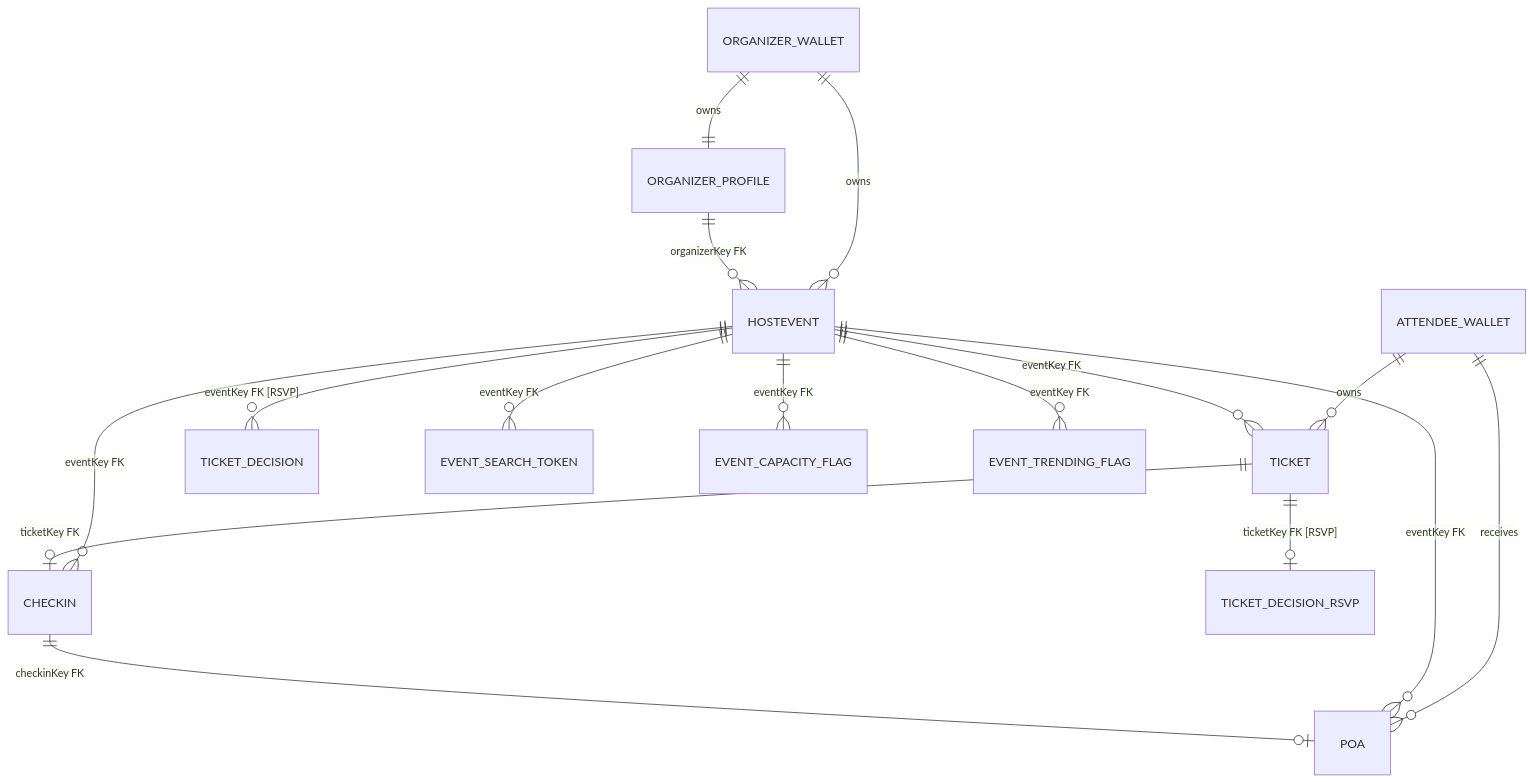
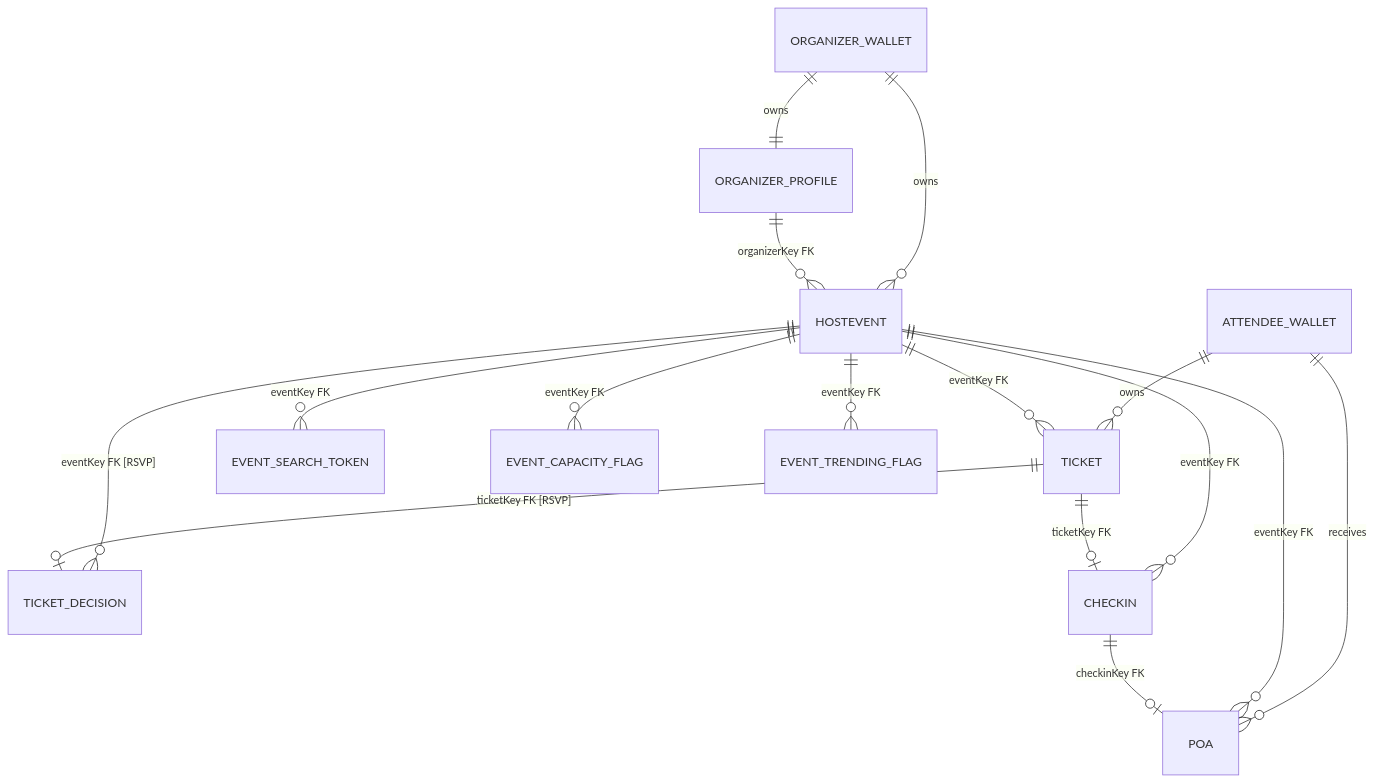
One commit to akashbiswas0/Hostr changed the diagram in README.md. Above: the diagram before and after it, drawn with Mermaid. The commit also changed other lines of this file and 2 other files, not shown here.

````diff
--- a/README.md
+++ b/README.md
@@ -58,20 +93,20 @@
 ```mermaid
 erDiagram
     ORGANIZER_WALLET ||--|| ORGANIZER_PROFILE : owns
     ORGANIZER_WALLET ||--o{ HOSTEVENT : owns
     ATTENDEE_WALLET ||--o{ TICKET : owns
     ATTENDEE_WALLET ||--o{ POA : receives
 
     ORGANIZER_PROFILE ||--o{ HOSTEVENT : "organizerKey FK"
     HOSTEVENT ||--o{ TICKET : "eventKey FK"
     HOSTEVENT ||--o{ TICKET_DECISION : "eventKey FK [RSVP]"
     HOSTEVENT ||--o{ CHECKIN : "eventKey FK"
     HOSTEVENT ||--o{ POA : "eventKey FK"
     HOSTEVENT ||--o{ EVENT_SEARCH_TOKEN : "eventKey FK"
     HOSTEVENT ||--o{ EVENT_CAPACITY_FLAG : "eventKey FK"
     HOSTEVENT ||--o{ EVENT_TRENDING_FLAG : "eventKey FK"
 
-    TICKET ||--o| TICKET_DECISION_RSVP : "ticketKey FK [RSVP]"
+    TICKET ||--o| TICKET_DECISION : "ticketKey FK [RSVP]"
     TICKET ||--o| CHECKIN : "ticketKey FK"
     CHECKIN ||--o| POA : "checkinKey FK"
 ```
````
